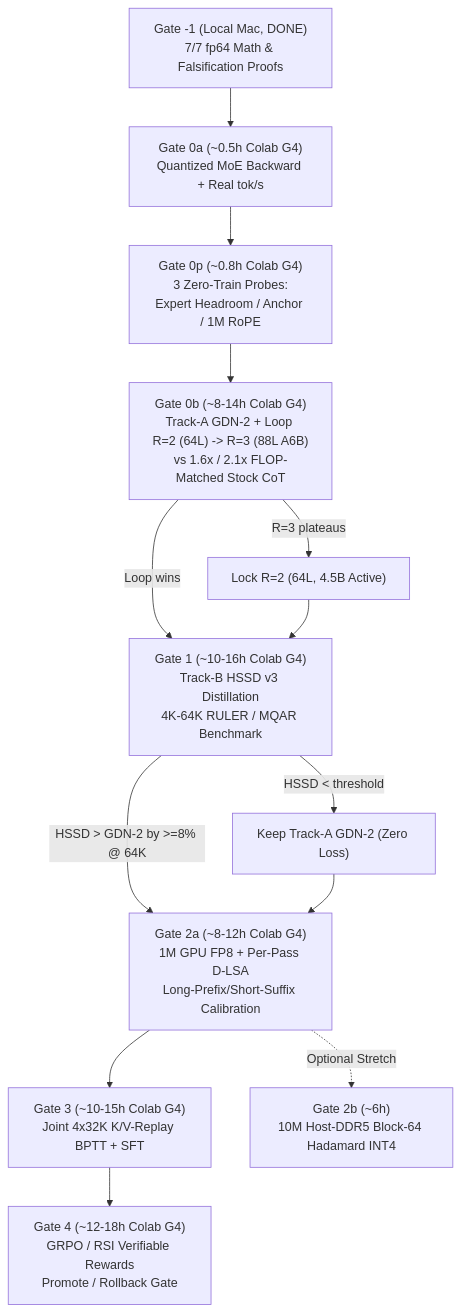
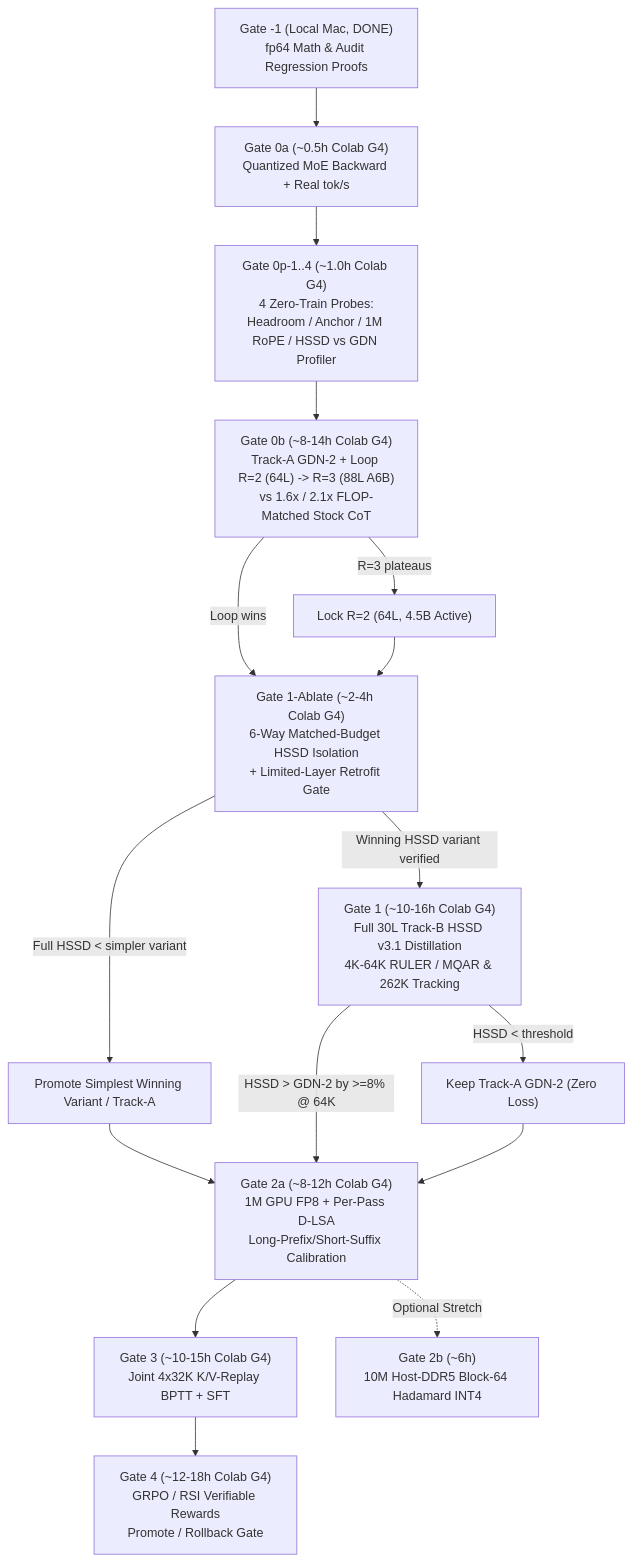
Before and after one commit to BaiTian6641/Qwen3.6-35B-A3B-Loop60: the diagram in docs/IMPLEMENTATION_PLAN.md, drawn with Mermaid. The commit also changed other lines of this file and 6 other files, not shown here.

Commit message:
docs,colab,configs: align formal HSSD v3.1 spec, essay, plan, stage YAMLs & probe notebook with audit

````diff
--- a/docs/IMPLEMENTATION_PLAN.md
+++ b/docs/IMPLEMENTATION_PLAN.md
@@ -90,13 +92,15 @@
 ```mermaid
 flowchart TD
-  G_1["Gate -1 (Local Mac, DONE)<br/>7/7 fp64 Math & Falsification Proofs"] --> G0a["Gate 0a (~0.5h Colab G4)<br/>Quantized MoE Backward + Real tok/s"]
-  G0a --> G0p["Gate 0p (~0.8h Colab G4)<br/>3 Zero-Train Probes:<br/>Expert Headroom / Anchor / 1M RoPE"]
+  G_1["Gate -1 (Local Mac, DONE)<br/>fp64 Math & Audit Regression Proofs"] --> G0a["Gate 0a (~0.5h Colab G4)<br/>Quantized MoE Backward + Real tok/s"]
+  G0a --> G0p["Gate 0p-1..4 (~1.0h Colab G4)<br/>4 Zero-Train Probes:<br/>Headroom / Anchor / 1M RoPE / HSSD vs GDN Profiler"]
   G0p --> G0b["Gate 0b (~8-14h Colab G4)<br/>Track-A GDN-2 + Loop R=2 (64L) -> R=3 (88L A6B)<br/>vs 1.6x / 2.1x FLOP-Matched Stock CoT"]
-  G0b -- "Loop wins" --> G1["Gate 1 (~10-16h Colab G4)<br/>Track-B HSSD v3 Distillation<br/>4K-64K RULER / MQAR Benchmark"]
-  G0b -- "R=3 plateaus" --> R2["Lock R=2 (64L, 4.5B Active)"] --> G1
+  G0b -- "Loop wins" --> G1A["Gate 1-Ablate (~2-4h Colab G4)<br/>6-Way Matched-Budget HSSD Isolation<br/>+ Limited-Layer Retrofit Gate"]
+  G0b -- "R=3 plateaus" --> R2["Lock R=2 (64L, 4.5B Active)"] --> G1A
+  G1A -- "Winning HSSD variant verified" --> G1["Gate 1 (~10-16h Colab G4)<br/>Full 30L Track-B HSSD v3.1 Distillation<br/>4K-64K RULER / MQAR & 262K Tracking"]
+  G1A -- "Full HSSD < simpler variant" --> G1S["Promote Simplest Winning Variant / Track-A"] --> G2a
   G1 -- "HSSD > GDN-2 by >=8% @ 64K" --> G2a["Gate 2a (~8-12h Colab G4)<br/>1M GPU FP8 + Per-Pass D-LSA<br/>Long-Prefix/Short-Suffix Calibration"]
   G1 -- "HSSD < threshold" --> TA["Keep Track-A GDN-2 (Zero Loss)"] --> G2a
   G2a --> G3["Gate 3 (~10-15h Colab G4)<br/>Joint 4x32K K/V-Replay BPTT + SFT"]
   G2a -. "Optional Stretch" .-> G2b["Gate 2b (~6h)<br/>10M Host-DDR5 Block-64 Hadamard INT4"]
   G3 --> G4["Gate 4 (~12-18h Colab G4)<br/>GRPO / RSI Verifiable Rewards<br/>Promote / Rollback Gate"]
 ```
````
